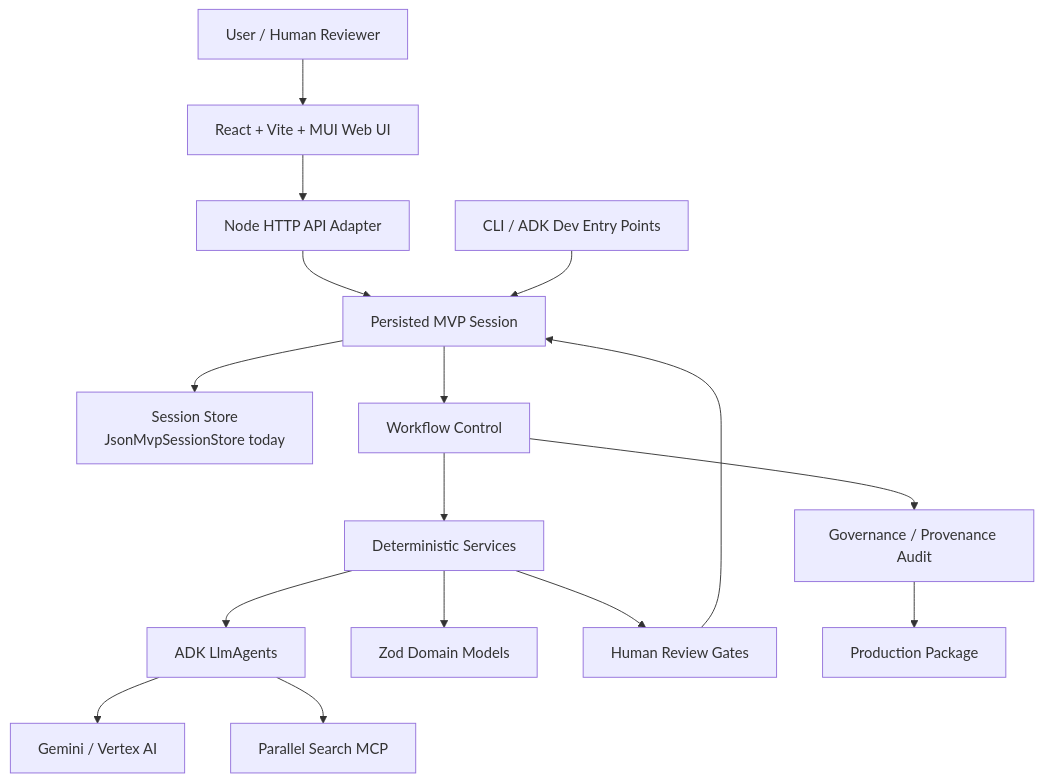
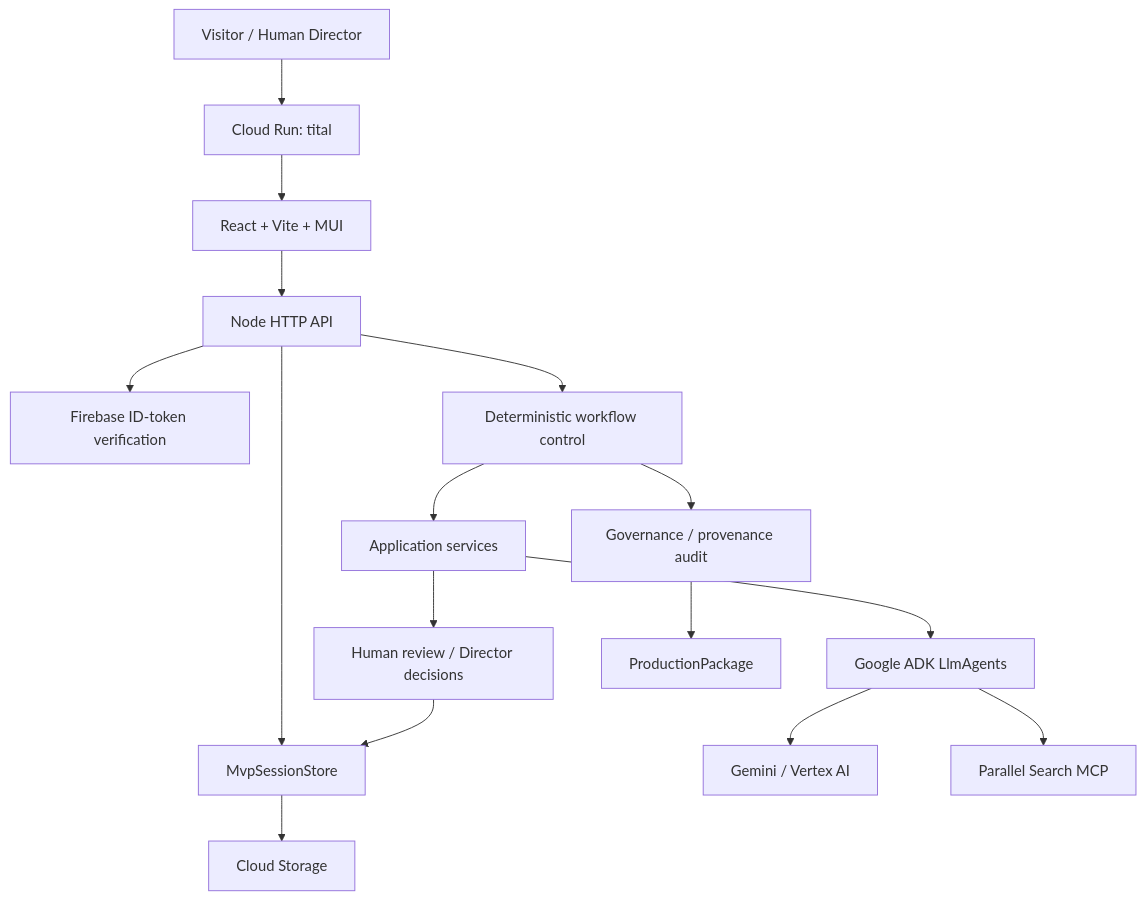
One commit to amin076/tital changed the first of 2 diagrams in docs/architecture/system-architecture.md. Above: the diagram before and after it, drawn with Mermaid. The commit also changed other lines of this file, not shown here.

Commit message:
docs: refresh hosted system architecture and director performance layers

````diff
--- a/docs/architecture/system-architecture.md
+++ b/docs/architecture/system-architecture.md
@@ -11,34 +11,27 @@
 ```mermaid
 graph TD
-    U[User / Human Reviewer]
-    WEB[React + Vite + MUI Web UI]
-    API[Node HTTP API Adapter]
-    PS[Persisted MVP Session]
-    STORE[Session Store\nJsonMvpSessionStore today]
-    WC[Workflow Control]
-    DS[Deterministic Services]
-    DA[ADK LlmAgents]
-    DM[Zod Domain Models]
+    U[Visitor / Human Director]
+    CR[Cloud Run: tital]
+    WEB[React + Vite + MUI]
+    API[Node HTTP API]
+    AUTH[Firebase ID-token verification]
+    STORE[MvpSessionStore]
+    GCS[Cloud Storage]
+    WC[Deterministic workflow control]
+    DS[Application services]
+    DA[Google ADK LlmAgents]
     GI[Gemini / Vertex AI]
     PM[Parallel Search MCP]
-    HG[Human Review Gates]
-    AU[Governance / Provenance Audit]
-    PP[Production Package]
-    CLI[CLI / ADK Dev Entry Points]
+    HG[Human review / Director decisions]
+    AU[Governance / provenance audit]
+    PP[ProductionPackage]
 
-    U --> WEB
-    WEB --> API
-    API --> PS
-    CLI --> PS
-    PS --> STORE
-    PS --> WC
-    WC --> DS
-    DS --> DA
-    DA --> GI
+    U --> CR --> WEB --> API
+    API --> AUTH
+    API --> STORE --> GCS
+    API --> WC --> DS
+    DS --> DA --> GI
     DA --> PM
-    DS --> DM
-    DS --> HG
-    HG --> PS
-    WC --> AU
-    AU --> PP
+    DS --> HG --> STORE
+    WC --> AU --> PP
 ```
````
